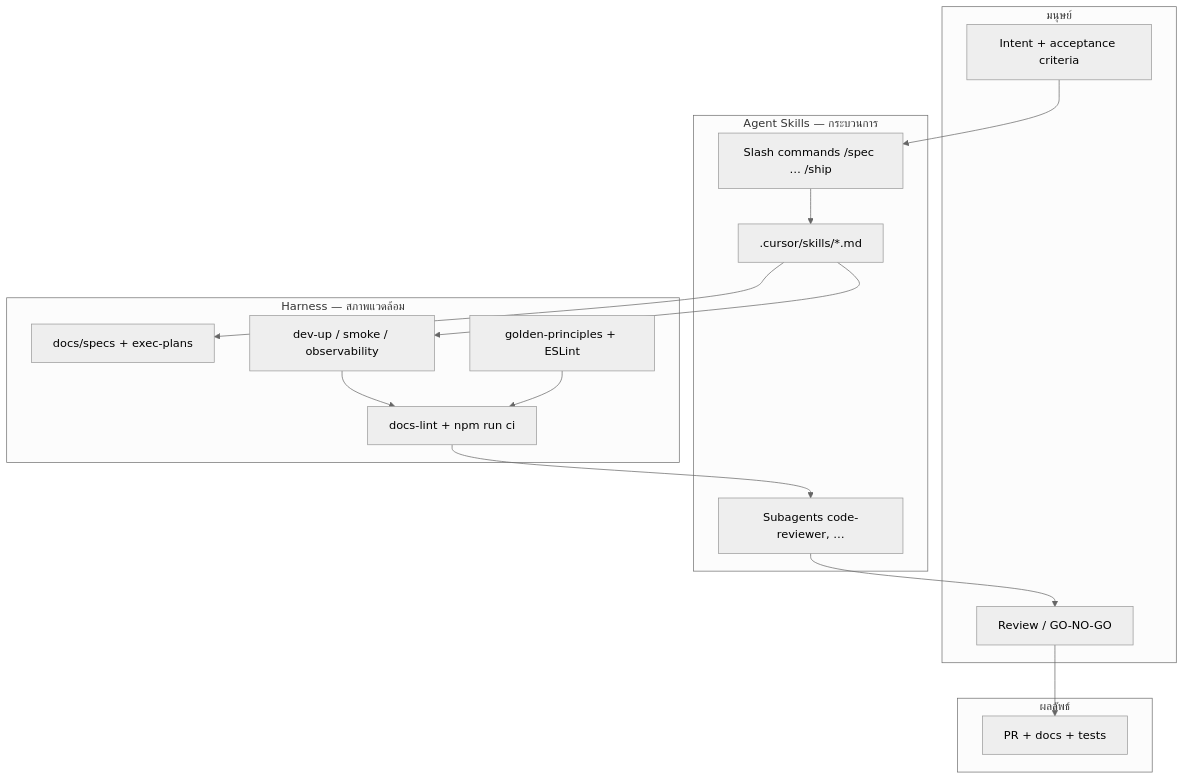
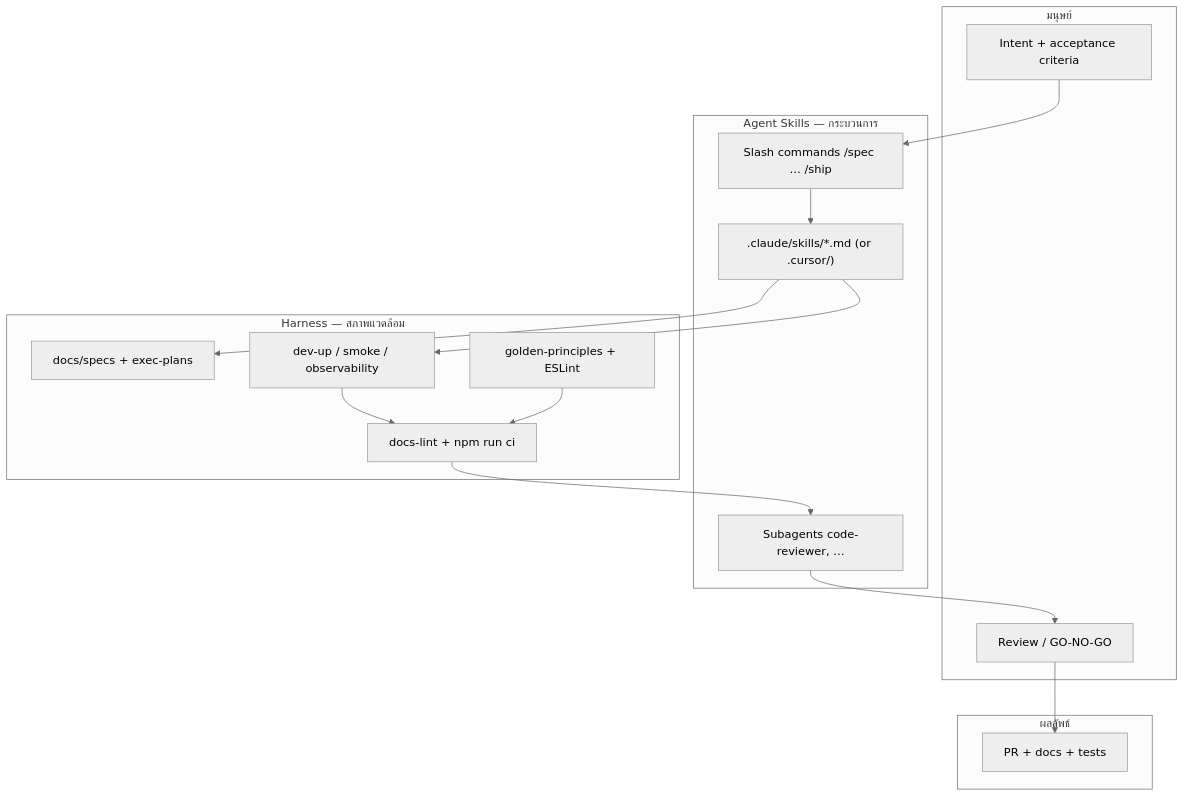
Before and after one commit to santanapol/ai-agent-template: the diagram in harness-engineering/README.md, drawn with Mermaid (neutral theme). The commit also changed other lines of this file and 4 other files, not shown here.

````diff
--- a/harness-engineering/README.md
+++ b/harness-engineering/README.md
@@ -20,34 +20,34 @@
 ```mermaid
 flowchart TB
   subgraph human ["มนุษย์"]
     intent["Intent + acceptance criteria"]
     review["Review / GO-NO-GO"]
   end
 
   subgraph skills ["Agent Skills — กระบวนการ"]
     cmd["Slash commands /spec … /ship"]
-    skill[".cursor/skills/*.md"]
+    skill[".claude/skills/*.md (or .cursor/)"]
     persona["Subagents code-reviewer, …"]
   end
 
   subgraph harness ["Harness — สภาพแวดล้อม"]
     docs["docs/specs + exec-plans"]
     gates["docs-lint + npm run ci"]
     runtime["dev-up / smoke / observability"]
     principles["golden-principles + ESLint"]
   end
 
   subgraph output ["ผลลัพธ์"]
     pr["PR + docs + tests"]
   end
 
   intent --> cmd
   cmd --> skill
   skill --> docs
   skill --> runtime
   runtime --> gates
   gates --> persona
   persona --> review
   review --> pr
   principles --> gates
 ```
````
